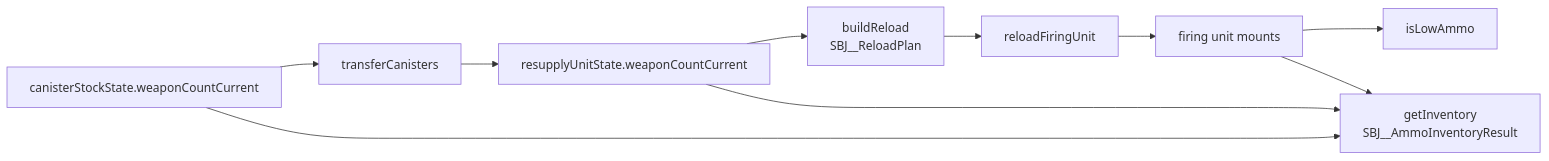
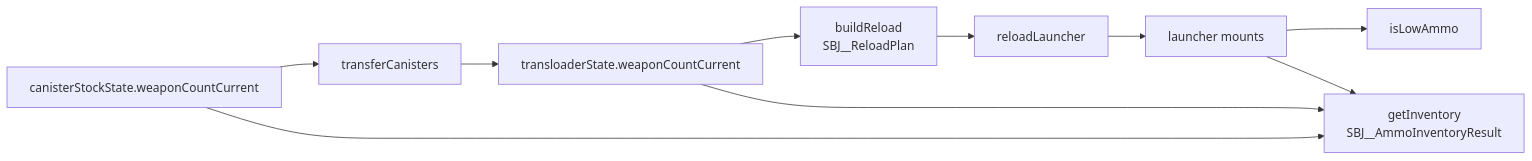
The diagram in docs/missileSystem/ammo.md (pullupjumper/formosa-in-flames), drawn with Mermaid before and after one commit. The commit also changed other lines of this file and 67 other files, not shown here.

First line of the commit message:
refactor(missileSystem): rename firing unit to launcher and resupply unit to transloader

````diff
--- a/docs/missileSystem/ammo.md
+++ b/docs/missileSystem/ammo.md
@@ -30,15 +30,15 @@
 ```mermaid
 flowchart LR
     AD[canisterStockState.weaponCountCurrent] --> TA[transferCanisters]
-    TA --> RU[resupplyUnitState.weaponCountCurrent]
+    TA --> RU[transloaderState.weaponCountCurrent]
 
     RU --> BR[buildReload<br>SBJ__ReloadPlan]
-    BR --> RF[reloadFiringUnit]
-    RF --> TEL[firing unit mounts]
+    BR --> RF[reloadLauncher]
+    RF --> TEL[launcher mounts]
 
     TEL --> LA[isLowAmmo]
 
     AD --> INV
     RU --> INV
     TEL --> INV[getInventory<br>SBJ__AmmoInventoryResult]
 ```
````
